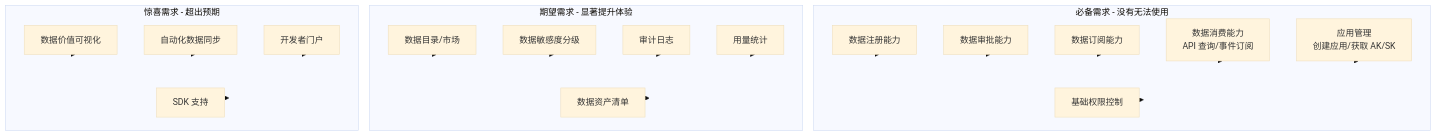
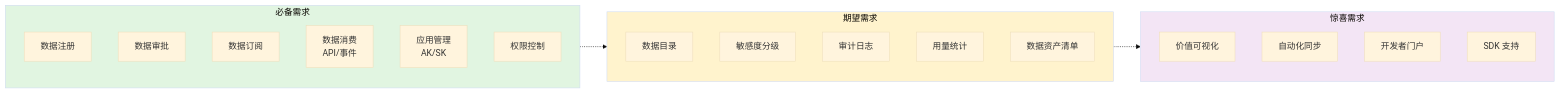
Before and after one commit to THZSummer/Product: the sixth of 10 diagrams in open-app/.specs/feature-session-001/discovery-report.md, drawn with Mermaid (base theme).

Commit message:
design: 优化 4.1 需求分层图表布局
- 将图表从 TB（从上到下）改为 LR（从左到右）布局
- 每个 subgraph 内使用 direction TB 垂直排列
- 简化需求文本，减少宽度
- 使用虚线连接三个层级，体现代次关系
- 不同颜色区分：必备需求（绿色）、期望需求（黄色）、惊喜需求（紫色）

````diff
--- a/open-app/.specs/feature-session-001/discovery-report.md
+++ b/open-app/.specs/feature-session-001/discovery-report.md
@@ -210,30 +210,36 @@
 ```mermaid
-graph TB
-    subgraph Must_Have[必备需求 - 没有无法使用]
-        M1[数据注册能力]
-        M2[数据审批能力]
-        M3[数据订阅能力]
-        M4[数据消费能力<br/>API 查询/事件订阅]
-        M5[应用管理<br/>创建应用/获取 AK/SK]
-        M6[基础权限控制]
+graph LR
+    subgraph Must_Have[必备需求]
+        direction TB
+        M1[数据注册]
+        M2[数据审批]
+        M3[数据订阅]
+        M4[数据消费<br/>API/事件]
+        M5[应用管理<br/>AK/SK]
+        M6[权限控制]
     end
     
-    subgraph Should_Have[期望需求 - 显著提升体验]
-        S1[数据目录/市场]
-        S2[数据敏感度分级]
+    subgraph Should_Have[期望需求]
+        direction TB
+        S1[数据目录]
+        S2[敏感度分级]
         S3[审计日志]
         S4[用量统计]
         S5[数据资产清单]
     end
     
-    subgraph Could_Have[惊喜需求 - 超出预期]
-        C1[数据价值可视化]
-        C2[自动化数据同步]
+    subgraph Could_Have[惊喜需求]
+        direction TB
+        C1[价值可视化]
+        C2[自动化同步]
         C3[开发者门户]
         C4[SDK 支持]
     end
     
-    M1 & M2 & M3 & M4 & M5 & M6 --> Must_Have
-    S1 & S2 & S3 & S4 & S5 --> Should_Have
-    C1 & C2 & C3 & C4 --> Could_Have
+    Must_Have -.-> Should_Have
+    Should_Have -.-> Could_Have
+    
+    style Must_Have fill:#e1f5e1
+    style Should_Have fill:#fff3cd
+    style Could_Have fill:#f3e5f5
 ```
````
